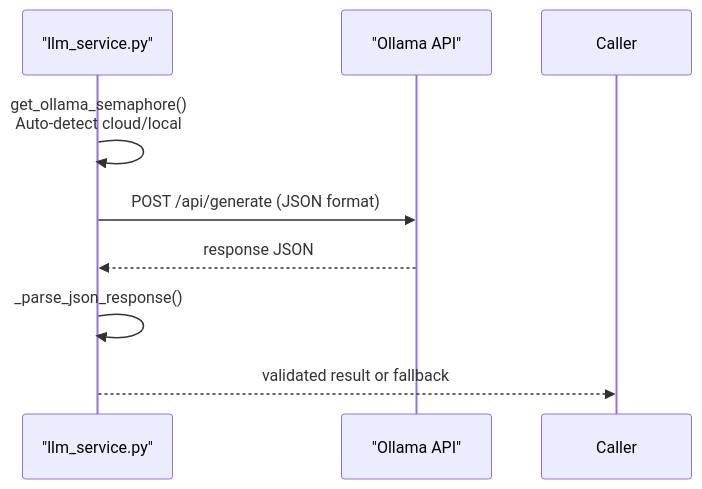
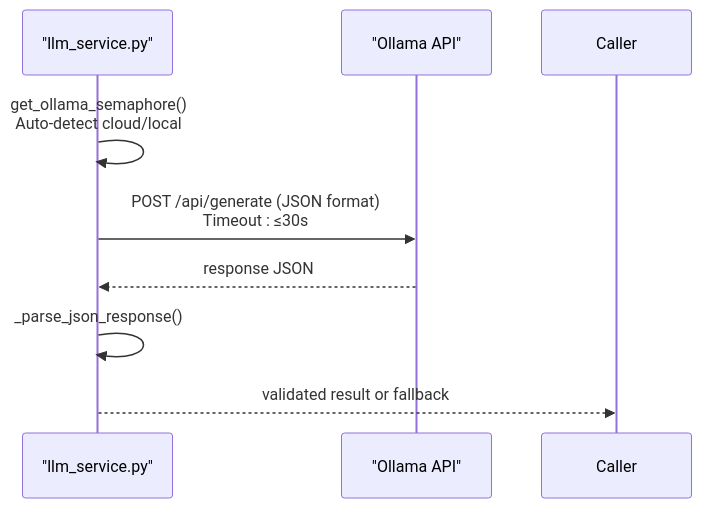
One commit to Revanththetalogics/aireume changed diagram 12 of 34 in .qoder/repowiki/en/content/Analysis Engine/Analysis Engine.md. Above: the diagram before and after it, drawn with Mermaid. The commit also changed other lines of this file and 15 other files, not shown here.

````diff
--- a/.qoder/repowiki/en/content/Analysis Engine/Analysis Engine.md
+++ b/.qoder/repowiki/en/content/Analysis Engine/Analysis Engine.md
@@ -520,10 +664,10 @@
 ```mermaid
 sequenceDiagram
 participant Service as "llm_service.py"
 participant Ollama as "Ollama API"
 Service->>Service : get_ollama_semaphore()<br/>Auto-detect cloud/local
-Service->>Ollama : POST /api/generate (JSON format)
+Service->>Ollama : POST /api/generate (JSON format)<br/>Timeout : ≤30s
 Ollama-->>Service : response JSON
 Service->>Service : _parse_json_response()
 Service-->>Caller : validated result or fallback
 ```
````
